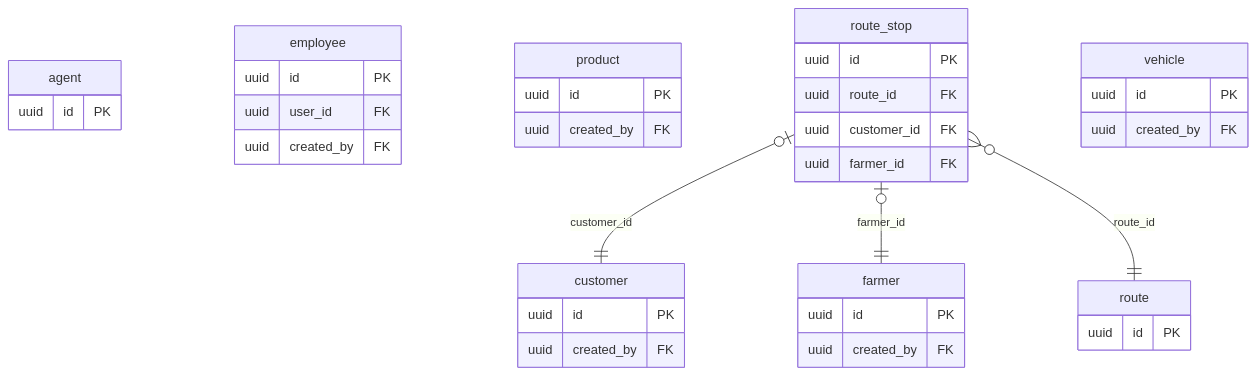
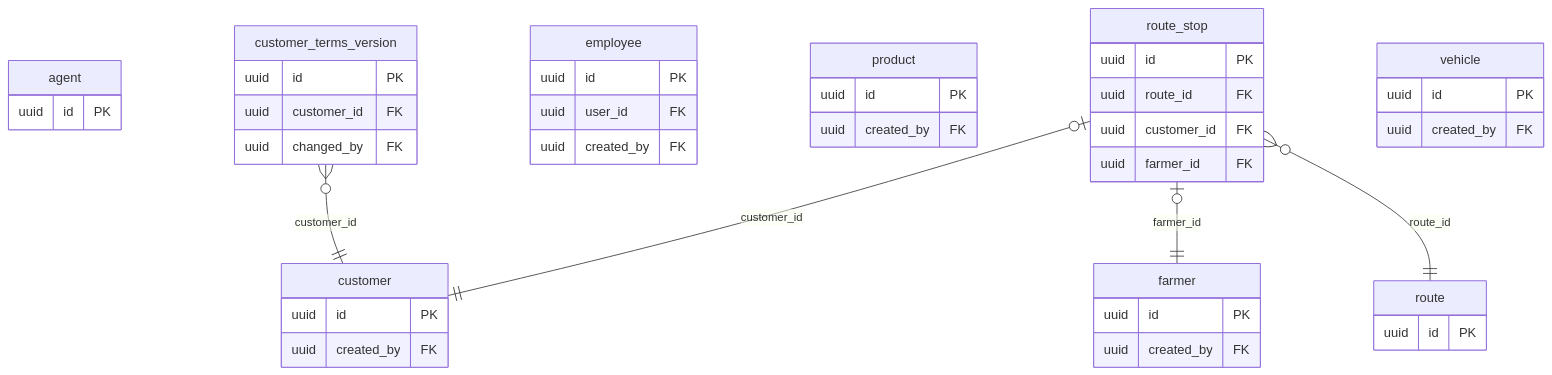
Diagram 15 of 16 in docs/architecture/database-erd.md (gaiusroy95/morbeez-ERP), drawn with Mermaid before and after one commit. The commit also changed other lines of this file and 74 other files, not shown here.

````diff
--- a/docs/architecture/database-erd.md
+++ b/docs/architecture/database-erd.md
@@ -1773,39 +1902,45 @@
 ```mermaid
 erDiagram
   agent {
     uuid id PK
   }
   customer {
     uuid id PK
     uuid created_by FK
+  }
+  customer_terms_version {
+    uuid id PK
+    uuid customer_id FK
+    uuid changed_by FK
   }
   employee {
     uuid id PK
     uuid user_id FK
     uuid created_by FK
   }
   farmer {
     uuid id PK
     uuid created_by FK
   }
   product {
     uuid id PK
     uuid created_by FK
   }
   route {
     uuid id PK
   }
   route_stop {
     uuid id PK
     uuid route_id FK
     uuid customer_id FK
     uuid farmer_id FK
   }
   vehicle {
     uuid id PK
     uuid created_by FK
   }
+  customer_terms_version }o--|| customer : "customer_id"
   route_stop |o--|| customer : "customer_id"
   route_stop |o--|| farmer : "farmer_id"
   route_stop }o--|| route : "route_id"
 ```
````
